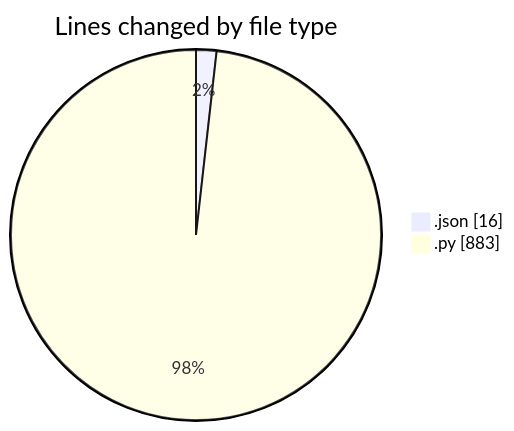
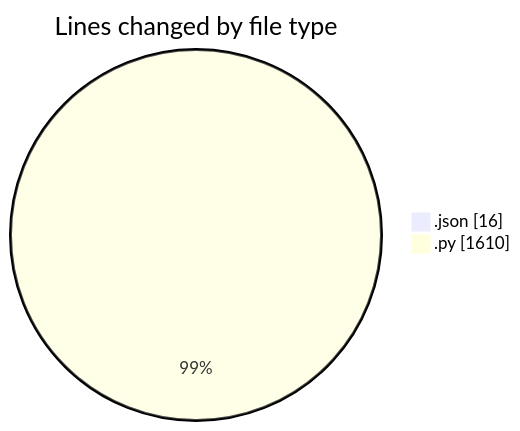
One commit to MatusMokan/code-tracking changed the first of 2 diagrams in 2025-03-29/myws__workspace_/README.md. Above: the diagram before and after it, drawn with Mermaid. The commit also changed other lines of this file and 1 other file, not shown here.

````diff
--- a/2025-03-29/myws__workspace_/README.md
+++ b/2025-03-29/myws__workspace_/README.md
@@ -24,6 +25,6 @@
 ```mermaid
 pie showData
 title Lines changed by file type
 ".json" : 16
-".py" : 883
+".py" : 1610
 ```
````
